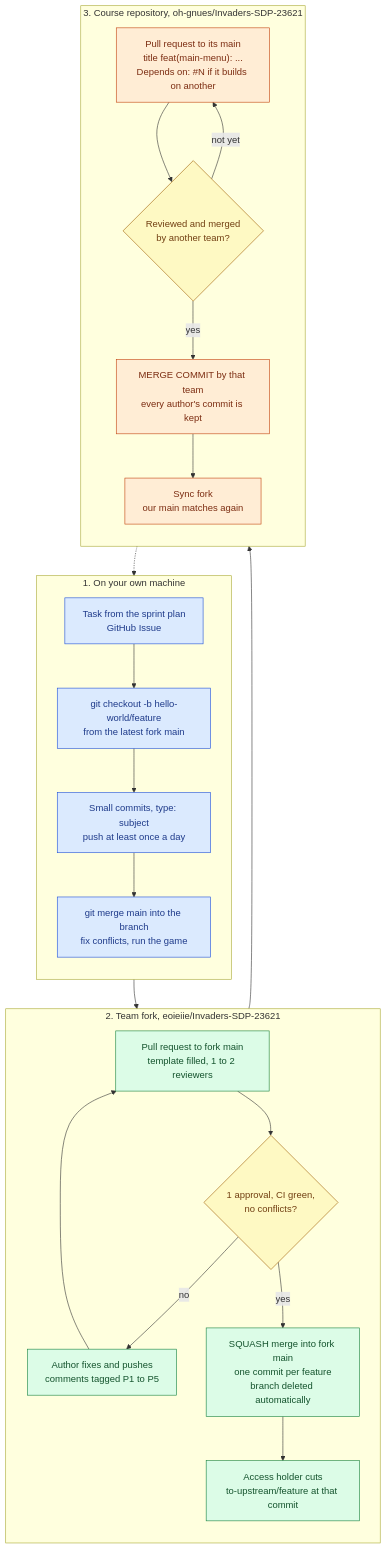
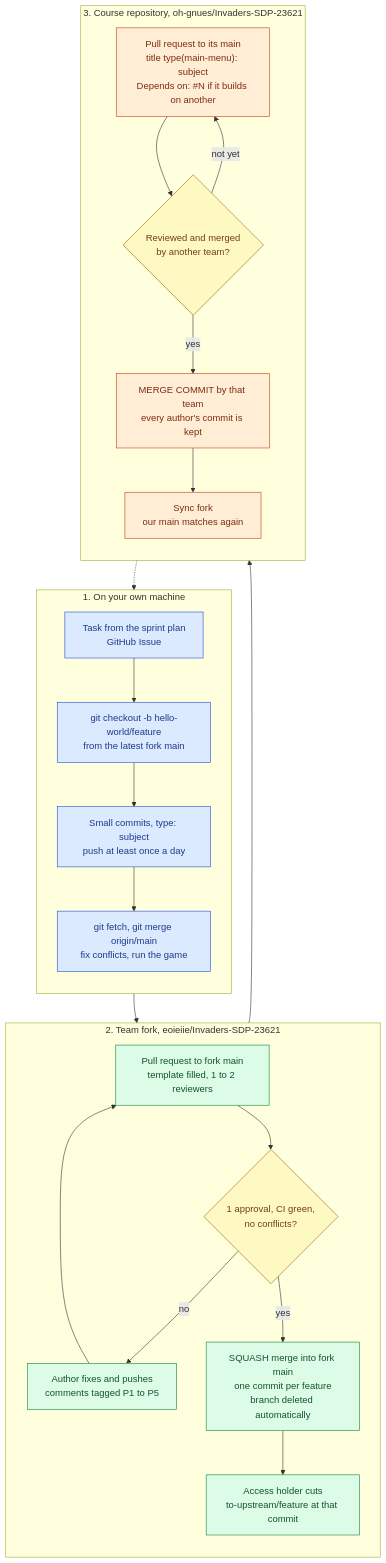
The diagram in teams/HelloWorld-Git-Workflow.md (eoieiie/Invaders-SDP-23621), drawn with Mermaid before and after one commit. The commit also changed other lines of this file, not shown here.

Commit message:
docs: clarify git workflow rules (#36)

````diff
--- a/teams/HelloWorld-Git-Workflow.md
+++ b/teams/HelloWorld-Git-Workflow.md
@@ -133,43 +142,43 @@
 ```mermaid
 flowchart TB
     classDef dev fill:#dbeafe,stroke:#1d4ed8,color:#1e3a8a
     classDef fork fill:#dcfce7,stroke:#15803d,color:#14532d
     classDef up fill:#ffedd5,stroke:#c2410c,color:#7c2d12
     classDef gate fill:#fef9c3,stroke:#a16207,color:#713f12
 
     subgraph L1["1. On your own machine"]
         direction TB
         T["Task from the sprint plan<br/>GitHub Issue"]:::dev
         B["git checkout -b hello-world/feature<br/>from the latest fork main"]:::dev
         C["Small commits, type: subject<br/>push at least once a day"]:::dev
-        S["git merge main into the branch<br/>fix conflicts, run the game"]:::dev
+        S["git fetch, git merge origin/main<br/>fix conflicts, run the game"]:::dev
         T --> B --> C --> S
     end
 
     subgraph L2["2. Team fork, eoieiie/Invaders-SDP-23621"]
         direction TB
         PR1["Pull request to fork main<br/>template filled, 1 to 2 reviewers"]:::fork
         G1{"1 approval, CI green,<br/>no conflicts?"}:::gate
         FIX["Author fixes and pushes<br/>comments tagged P1 to P5"]:::fork
         M1["SQUASH merge into fork main<br/>one commit per feature<br/>branch deleted automatically"]:::fork
         SNAP["Access holder cuts<br/>to-upstream/feature at that commit"]:::fork
         PR1 --> G1
         G1 -- no --> FIX --> PR1
         G1 -- yes --> M1 --> SNAP
     end
 
     subgraph L3["3. Course repository, oh-gnues/Invaders-SDP-23621"]
         direction TB
-        PR2["Pull request to its main<br/>title feat(main-menu): ...<br/>Depends on: #N if it builds on another"]:::up
+        PR2["Pull request to its main<br/>title type(main-menu): subject<br/>Depends on: #N if it builds on another"]:::up
         G2{"Reviewed and merged<br/>by another team?"}:::gate
         M2["MERGE COMMIT by that team<br/>every author's commit is kept"]:::up
         SYNC["Sync fork<br/>our main matches again"]:::up
         PR2 --> G2
         G2 -- not yet --> PR2
         G2 -- yes --> M2 --> SYNC
     end
 
     S --> PR1
     SNAP --> PR2
     SYNC -.-> T
 ```
````
